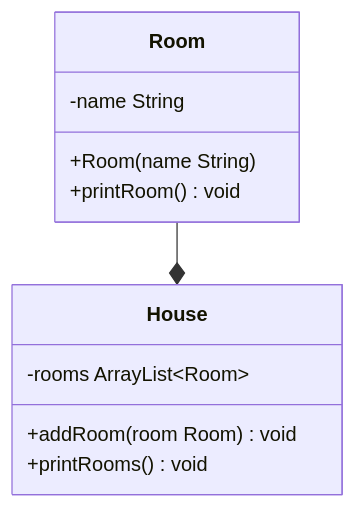
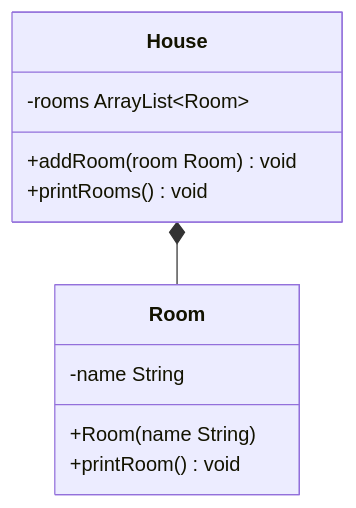
The diagram in docs/exercises/inner-classes/inner-classes01.md (jappuccini/java-docs), drawn with Mermaid before and after one commit.

````diff
--- a/docs/exercises/inner-classes/inner-classes01.md
+++ b/docs/exercises/inner-classes/inner-classes01.md
@@ -15,16 +15,16 @@
 ```mermaid
 classDiagram
-    Room --* House
+    House *-- Room
 
     class House {
         -rooms ArrayList~Room~
         +addRoom(room Room) void
         +printRooms() void
     }
 
     class Room {
         -name String
         +Room(name String)
         +printRoom() void
     }
 ```
````
